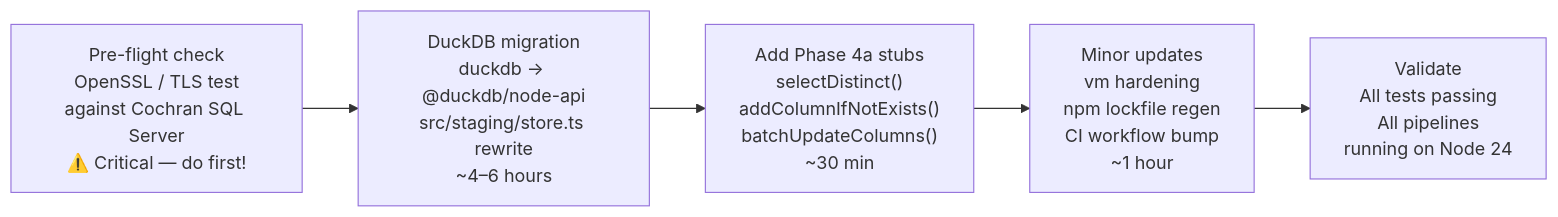
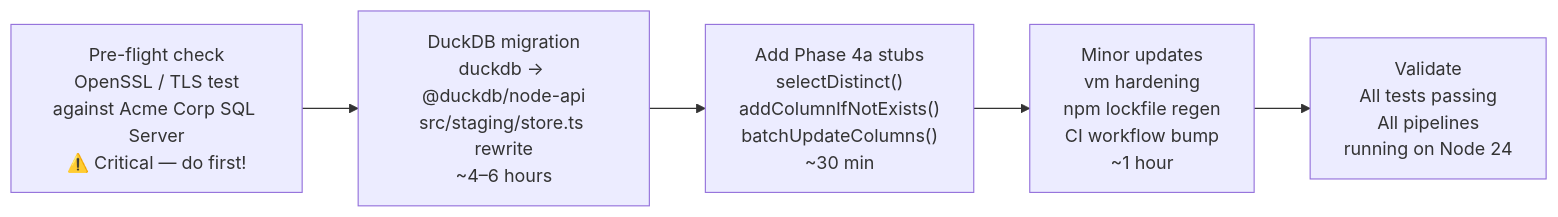
One commit to caracal-lynx/sluice changed the fourth of 8 diagrams in docs/SLUICE-IMPLEMENTATION-PLAN.md. Above: the diagram before and after it, drawn with Mermaid. The commit also changed other lines of this file and 26 other files, not shown here.

````diff
--- a/docs/SLUICE-IMPLEMENTATION-PLAN.md
+++ b/docs/SLUICE-IMPLEMENTATION-PLAN.md
@@ -337,8 +337,8 @@
 ```mermaid
 flowchart LR
-    A["Pre-flight check<br/>OpenSSL / TLS test<br/>against Cochran SQL Server<br/>⚠️ Critical — do first!"] --> B
+    A["Pre-flight check<br/>OpenSSL / TLS test<br/>against Acme Corp SQL Server<br/>⚠️ Critical — do first!"] --> B
     B["DuckDB migration<br/>duckdb → @duckdb/node-api<br/>src/staging/store.ts rewrite<br/>~4–6 hours"] --> C
     C["Add Phase 4a stubs<br/>selectDistinct()<br/>addColumnIfNotExists()<br/>batchUpdateColumns()<br/>~30 min"] --> D
     D["Minor updates<br/>vm hardening<br/>npm lockfile regen<br/>CI workflow bump<br/>~1 hour"] --> E
     E["Validate<br/>All tests passing<br/>All pipelines<br/>running on Node 24"]
 ```
````
